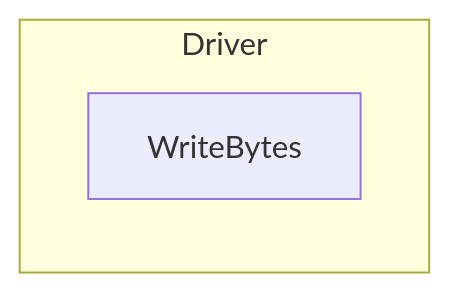
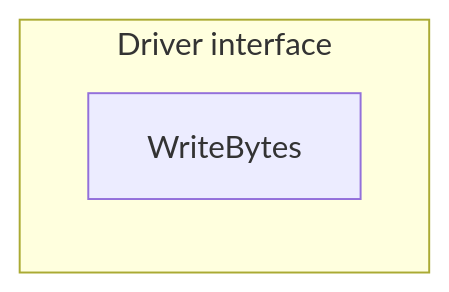
Before and after one commit to abhinav/presentation-go-patterns-2022: the first of 3 diagrams in pattern-iface-driver.adoc, drawn with Mermaid. The commit also changed other lines of this file and 35 other files, not shown here.

```diff
--- a/pattern-iface-driver.adoc
+++ b/pattern-iface-driver.adoc
@@ -15,7 +17,7 @@
 [mermaid,data-id=img]
 ....
 flowchart LR
-  subgraph Driver
+  subgraph "Driver interface"
     WriteBytes
   end
 ....
```
